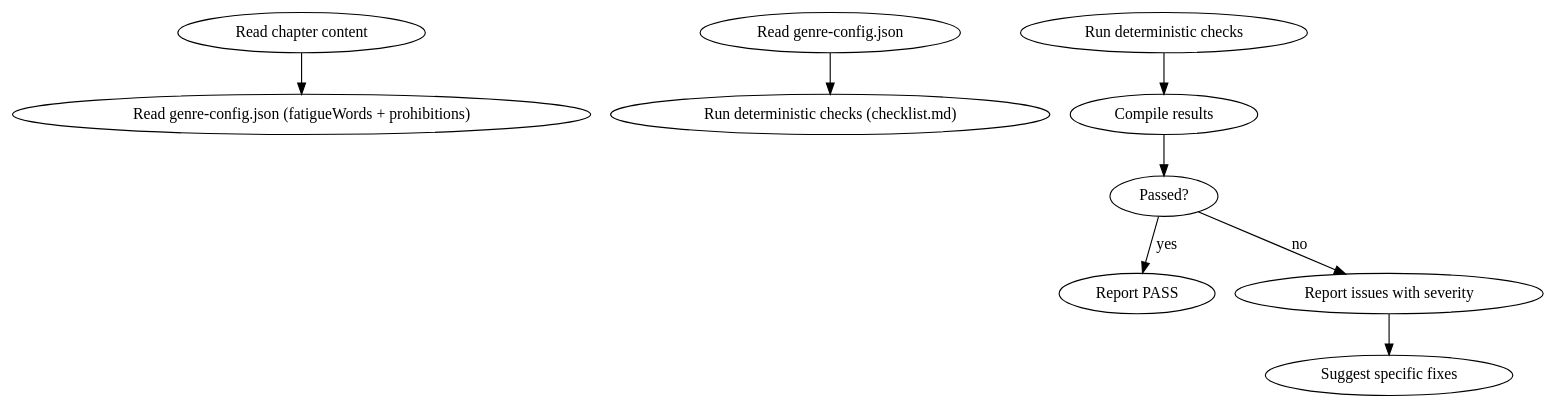
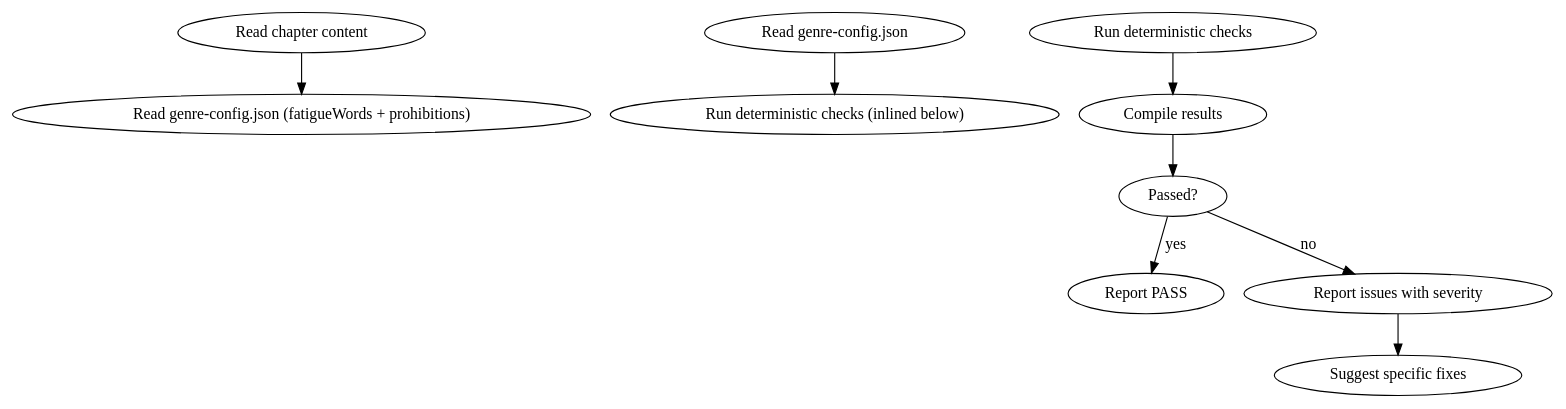
The diagram in skills/shenbi-review-anti-ai/SKILL.md (ThomasChangX/shenbi), drawn with Graphviz before and after one commit. The commit also changed other lines of this file and 47 other files, not shown here.

````diff
--- a/skills/shenbi-review-anti-ai/SKILL.md
+++ b/skills/shenbi-review-anti-ai/SKILL.md
@@ -43,11 +43,11 @@
 ```dot
 digraph review_anti_ai {
     "Read chapter content" -> "Read genre-config.json (fatigueWords + prohibitions)";
-    "Read genre-config.json" -> "Run deterministic checks (checklist.md)";
+    "Read genre-config.json" -> "Run deterministic checks (inlined below)";
     "Run deterministic checks" -> "Compile results";
     "Compile results" -> "Passed?";
     "Passed?" -> "Report PASS" [label="yes"];
     "Passed?" -> "Report issues with severity" [label="no"];
     "Report issues with severity" -> "Suggest specific fixes";
 }
 ```
````
